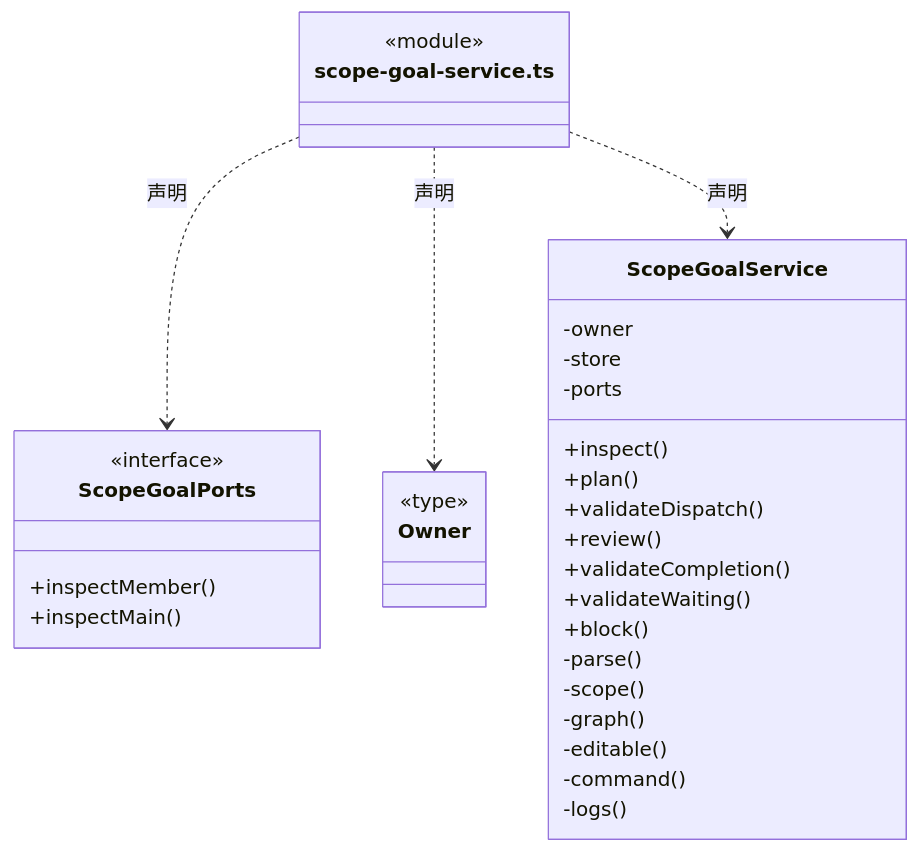
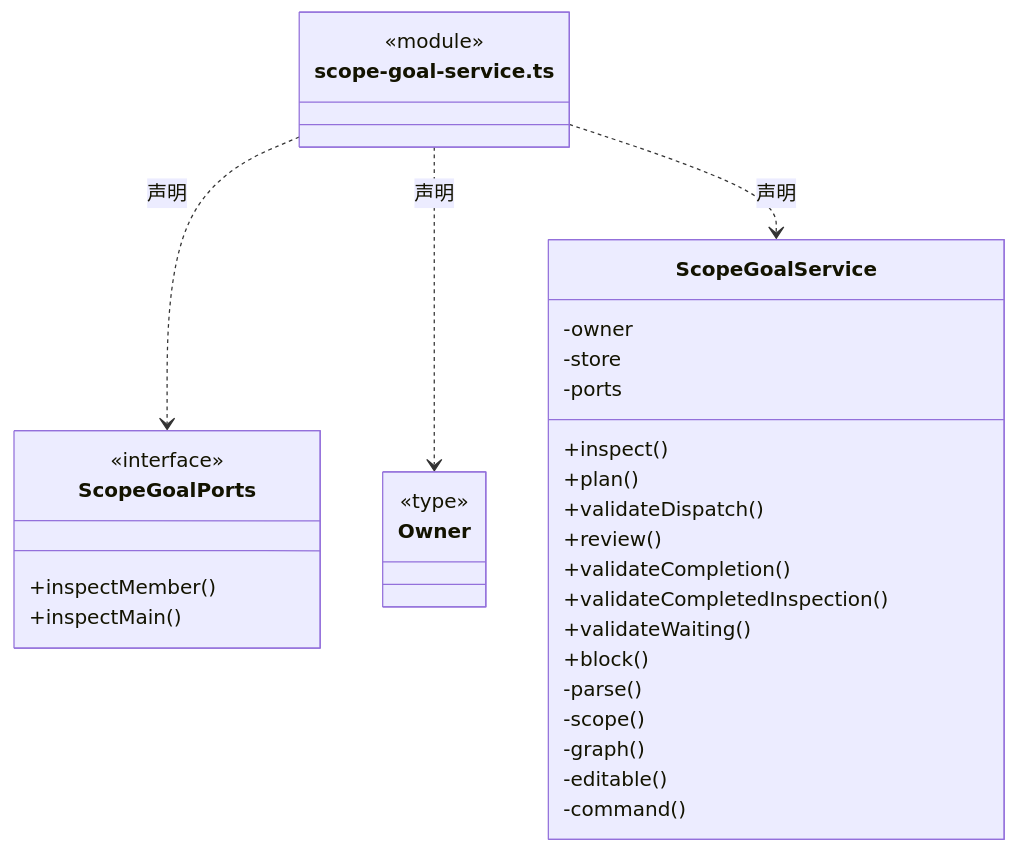
One commit to nan023062/cbim changed diagram 25 of 38 in src/backend/scheduler-engine/execution/ARCHITECTURE.md. Above: the diagram before and after it, drawn with Mermaid. The commit also changed other lines of this file and 53 other files, not shown here.

````diff
--- a/src/backend/scheduler-engine/execution/ARCHITECTURE.md
+++ b/src/backend/scheduler-engine/execution/ARCHITECTURE.md
@@ -660,36 +672,36 @@
 ```mermaid
 classDiagram
 class N_src_backend_scheduler_engine_execution_scope_goal_service_ts["scope-goal-service.ts"] {
   <<module>>
 }
 class N_src_backend_scheduler_engine_execution_scope_goal_service_ts_ScopeGoalPorts["ScopeGoalPorts"] {
   <<interface>>
   +inspectMember()
   +inspectMain()
 }
 N_src_backend_scheduler_engine_execution_scope_goal_service_ts ..> N_src_backend_scheduler_engine_execution_scope_goal_service_ts_ScopeGoalPorts : 声明
 class N_src_backend_scheduler_engine_execution_scope_goal_service_ts_Owner["Owner"] {
   <<type>>
 
 }
 N_src_backend_scheduler_engine_execution_scope_goal_service_ts ..> N_src_backend_scheduler_engine_execution_scope_goal_service_ts_Owner : 声明
 class N_src_backend_scheduler_engine_execution_scope_goal_service_ts_ScopeGoalService["ScopeGoalService"] {
   +inspect()
   +plan()
   +validateDispatch()
   +review()
   +validateCompletion()
+  +validateCompletedInspection()
   +validateWaiting()
   +block()
   -owner
   -store
   -ports
   -parse()
   -scope()
   -graph()
   -editable()
   -command()
-  -logs()
 }
 N_src_backend_scheduler_engine_execution_scope_goal_service_ts ..> N_src_backend_scheduler_engine_execution_scope_goal_service_ts_ScopeGoalService : 声明
 ```
````
